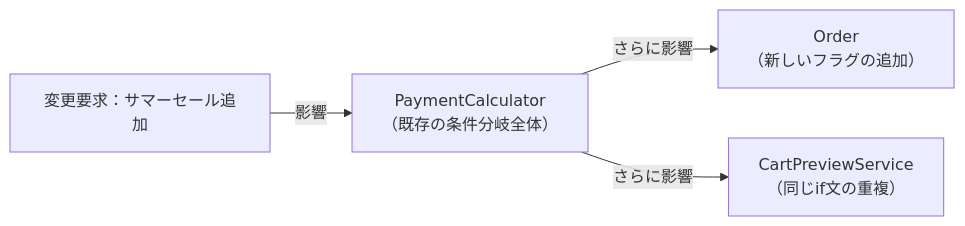
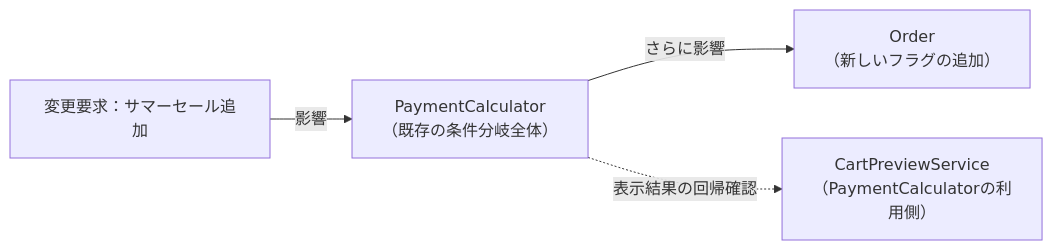
One commit to kumachan1101-pixel/DesignPattern changed the second of 5 diagrams in kindle/design-patterns/output/chapter01.md. Above: the diagram before and after it, drawn with Mermaid. The commit also changed other lines of this file and 1 other file, not shown here.

````diff
--- a/kindle/design-patterns/output/chapter01.md
+++ b/kindle/design-patterns/output/chapter01.md
@@ -373,6 +392,6 @@
 ```mermaid
 graph LR
     T1["変更要求：サマーセール追加"] -->|影響| A["PaymentCalculator<br>（既存の条件分岐全体）"]
     A -->|さらに影響| B["Order<br>（新しいフラグの追加）"]
-    A -->|さらに影響| C["CartPreviewService<br>（同じif文の重複）"]
+    A -.->|表示結果の回帰確認| C["CartPreviewService<br>（PaymentCalculatorの利用側）"]
 ```
````
